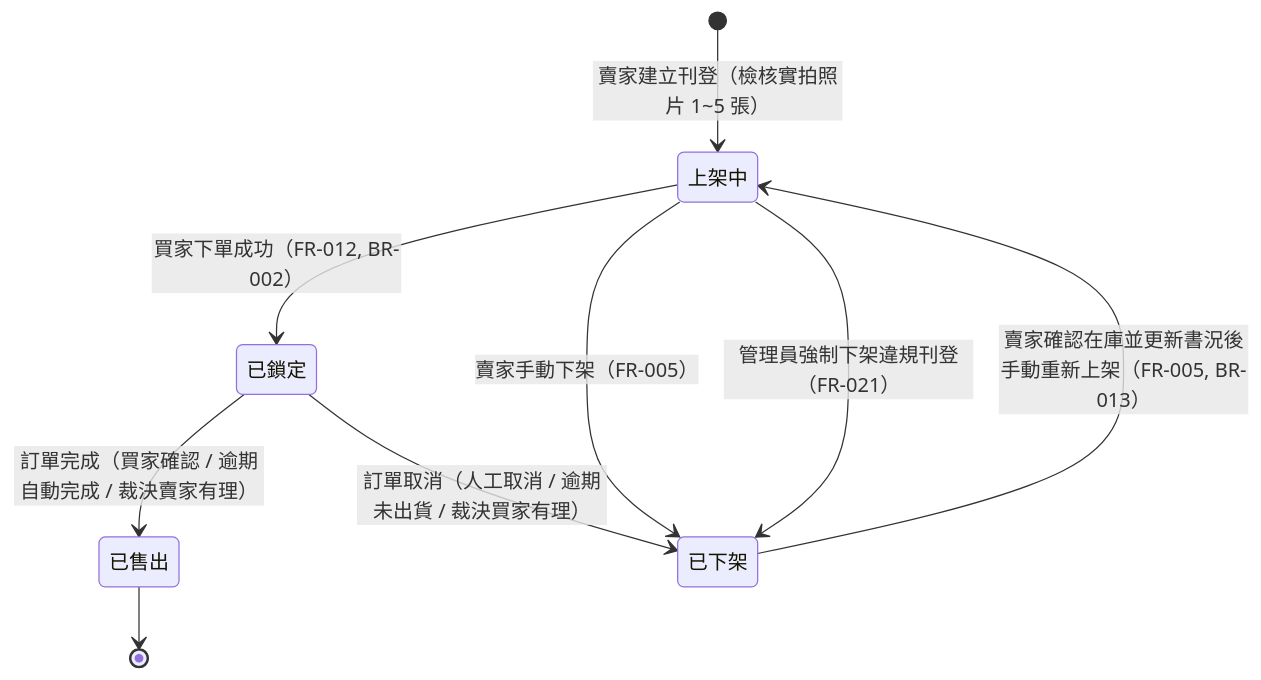
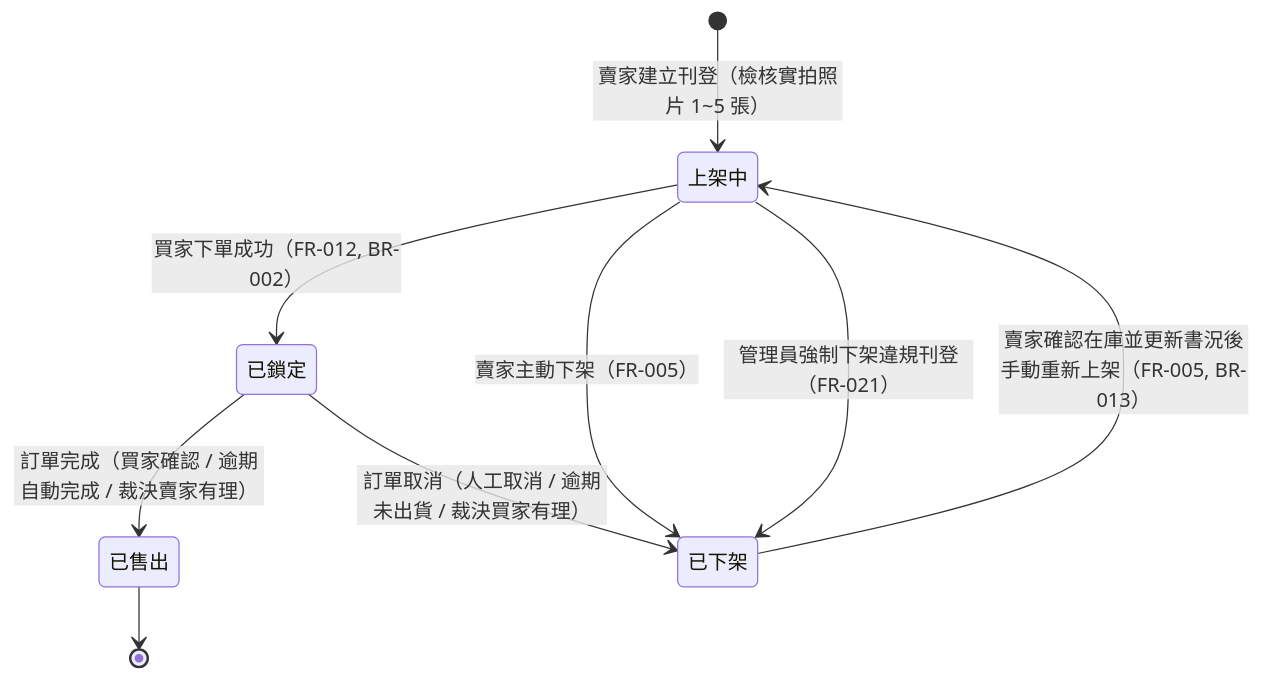
The fourth of 5 diagrams in docs/uml/UML_DIAGRAMS.md (hsiang051/NTUST-SE-Project), drawn with Mermaid before and after one commit. The commit also changed other lines of this file and 3 other files, not shown here.

````diff
--- a/docs/uml/UML_DIAGRAMS.md
+++ b/docs/uml/UML_DIAGRAMS.md
@@ -480,16 +486,16 @@
 ```mermaid
 stateDiagram-v2
     direction TB
 
     [*] --> 上架中 : 賣家建立刊登（檢核實拍照片 1~5 張）
     已下架 --> 上架中 : 賣家確認在庫並更新書況後手動重新上架（FR-005, BR-013）
 
     上架中 --> 已鎖定 : 買家下單成功（FR-012, BR-002）
-    上架中 --> 已下架 : 賣家手動下架（FR-005）
+    上架中 --> 已下架 : 賣家主動下架（FR-005）
     上架中 --> 已下架 : 管理員強制下架違規刊登（FR-021）
 
     已鎖定 --> 已售出 : 訂單完成（買家確認 / 逾期自動完成 / 裁決賣家有理）
     已鎖定 --> 已下架 : 訂單取消（人工取消 / 逾期未出貨 / 裁決買家有理）
 
     已售出 --> [*]
 ```
````
